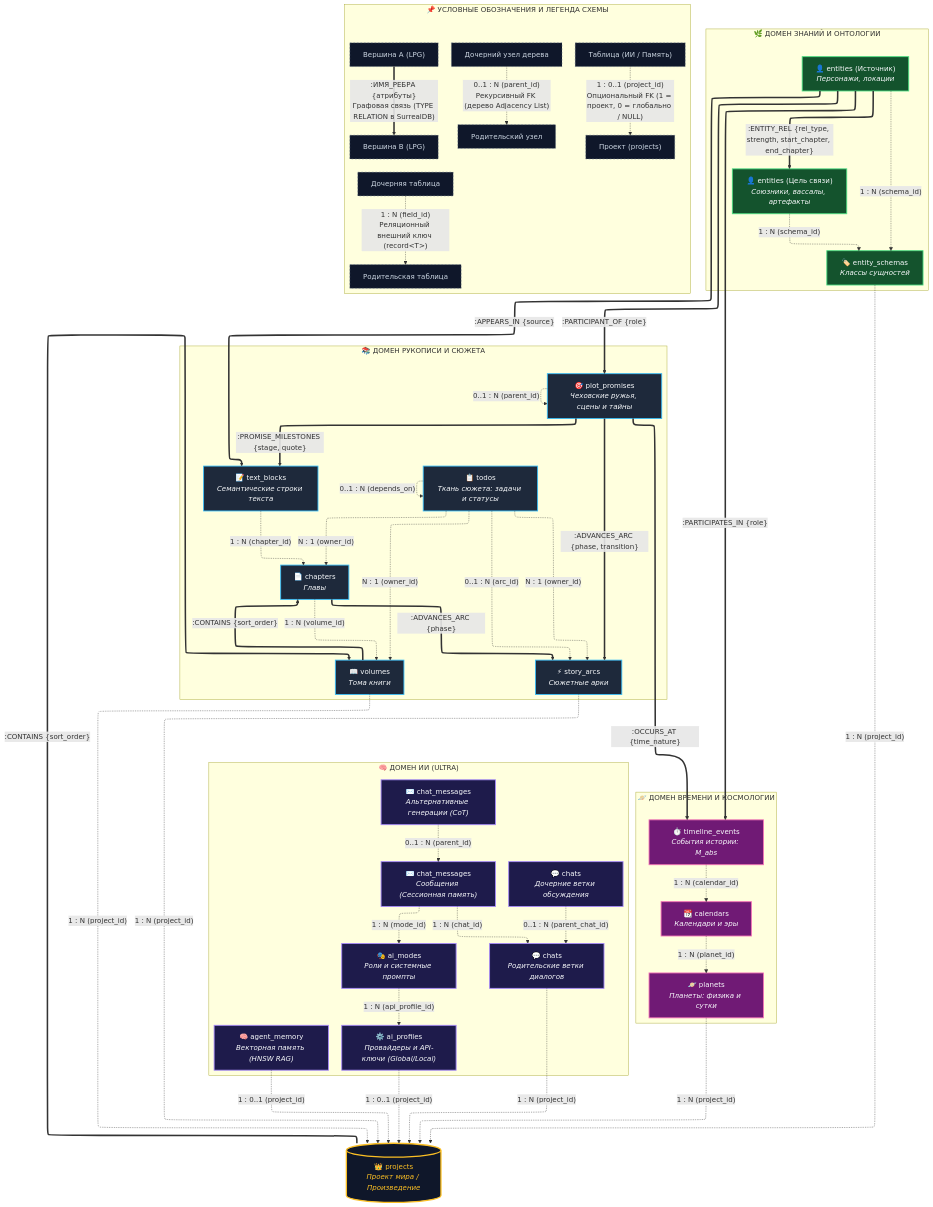
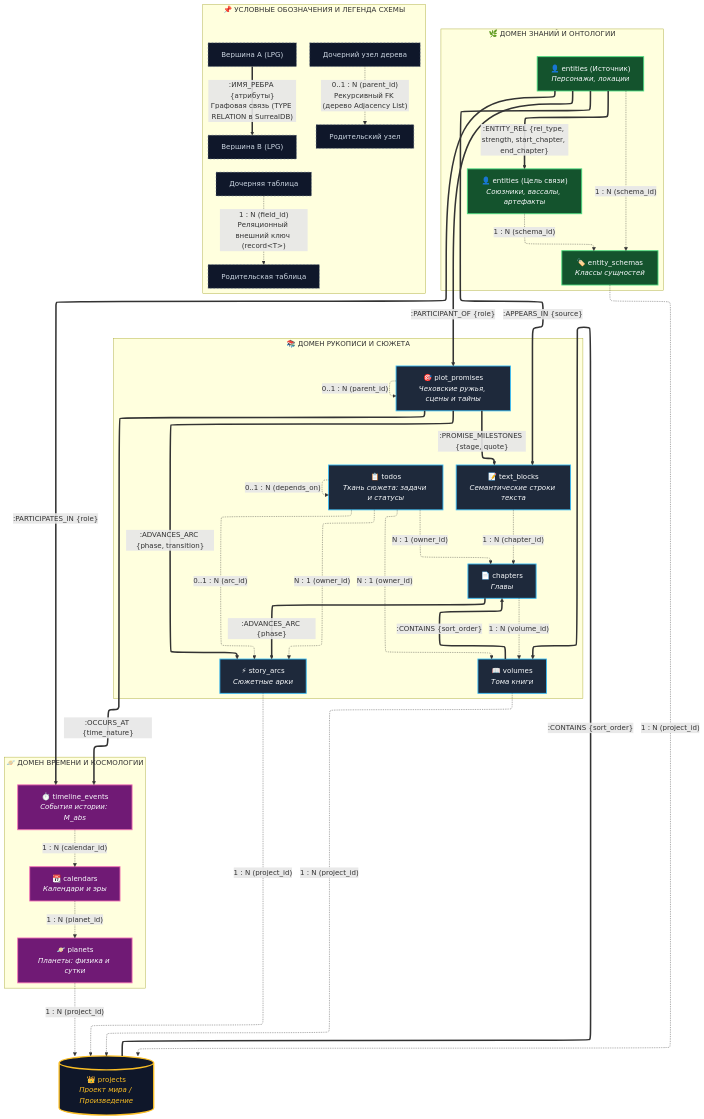
Before and after one commit to nagisokyn-prog/WorldWiki: the diagram in docs/coursework/02_Исследовательская_часть/2.8_концептуальная_схема.md, drawn with Mermaid. The commit also changed other lines of this file and 46 other files, not shown here.

````diff
--- a/docs/coursework/02_Исследовательская_часть/2.8_концептуальная_схема.md
+++ b/docs/coursework/02_Исследовательская_часть/2.8_концептуальная_схема.md
@@ -61,7 +53,6 @@
     classDef narrative fill:#1e293b,stroke:#38bdf8,stroke-width:2px,color:#f8fafc;
     classDef lore fill:#14532d,stroke:#4ade80,stroke-width:2px,color:#f8fafc;
     classDef time fill:#701a75,stroke:#f472b6,stroke-width:2px,color:#f8fafc;
-    classDef ai fill:#1e1b4b,stroke:#a78bfa,stroke-width:2px,color:#f8fafc;
     classDef root fill:#0f172a,stroke:#fbbf24,stroke-width:3px,color:#fbbf24;
     classDef legend fill:#0f172a,stroke:#64748b,stroke-width:1px,stroke-dasharray: 4 4,color:#cbd5e1;
 
@@ -98,19 +89,6 @@
         Planets["🪐 planets<br/><i>Планеты: физика и сутки</i>"]:::time
         Calendars["📆 calendars<br/><i>Календари и эры</i>"]:::time
         TimelineEvents["⏱️ timeline_events<br/><i>События истории: M_abs</i>"]:::time
-    end
-
-    %% ==========================================
-    %% 4. ДОМЕН ИИ-ПРОСТРАНСТВА (AI & WORKSPACE)
-    %% ==========================================
-    subgraph AiDomain ["🧠 ДОМЕН ИИ (ULTRA)"]
-        AiProfiles["⚙️ ai_profiles<br/><i>Провайдеры и API-ключи (Global/Local)</i>"]:::ai
-        AiModes["🎭 ai_modes<br/><i>Роли и системные промпты</i>"]:::ai
-        Chats["💬 chats<br/><i>Родительские ветки диалогов</i>"]:::ai
-        SubChats["💬 chats<br/><i>Дочерние ветки обсуждения</i>"]:::ai
-        ChatMessages["✉️ chat_messages<br/><i>Сообщения (Сессионная память)</i>"]:::ai
-        AltMessages["✉️ chat_messages<br/><i>Альтернативные генерации (CoT)</i>"]:::ai
-        AgentMemory["🧠 agent_memory<br/><i>Векторная память (HNSW RAG)</i>"]:::ai
     end
 
     %% ==========================================
@@ -171,27 +149,14 @@
     Calendars -.->|"1 : N (planet_id)"| Planets
     TimelineEvents -.->|"1 : N (calendar_id)"| Calendars
 
-    %% Реляционное ИИ-пространство (иерархия 1:N и 1:0..1)
-    Chats -.->|"1 : N (project_id)"| Project
-    SubChats -.->|"0..1 : N (parent_chat_id)"| Chats
-    ChatMessages -.->|"1 : N (chat_id)"| Chats
-    AltMessages -.->|"0..1 : N (parent_id)"| ChatMessages
-    ChatMessages -.->|"1 : N (mode_id)"| AiModes
-
-    %% Настройки ИИ и Векторная память (с поддержкой глобального скоупа 1:0..1)
-    AiModes -.->|"1 : N (api_profile_id)"| AiProfiles
-    AiProfiles -.->|"1 : 0..1 (project_id)"| Project
-    AgentMemory -.->|"1 : 0..1 (project_id)"| Project
-
     %% ==========================================
-    %% 5. ЛЕГЕНДА СХЕМЫ (ТИПЫ СВЯЗЕЙ И КАРДИНАЛЬНОСТЬ)
+    %% 4. ЛЕГЕНДА СХЕМЫ (ТИПЫ СВЯЗЕЙ И КАРДИНАЛЬНОСТЬ)
     %% ==========================================
     subgraph Legend ["📌 УСЛОВНЫЕ ОБОЗНАЧЕНИЯ И ЛЕГЕНДА СХЕМЫ"]
         direction TB
         LegEdge1["Вершина A (LPG)"] ==>|":ИМЯ_РЕБРА {атрибуты}<br/>Графовая связь (TYPE RELATION в SurrealDB)"| LegEdge2["Вершина B (LPG)"]
         LegRef1["Дочерняя таблица"] -.->|"1 : N (field_id)<br/>Реляционный внешний ключ (record&lt;T&gt;)"| LegRef2["Родительская таблица"]
         LegRec1["Дочерний узел дерева"] -.->|"0..1 : N (parent_id)<br/>Рекурсивный FK (дерево Adjacency List)"| LegRec2["Родительский узел"]
-        LegOpt1["Таблица (ИИ / Память)"] -.->|"1 : 0..1 (project_id)<br/>Опциональный FK (1 = проект, 0 = глобально / NULL)"| LegOpt2["Проект (projects)"]
     end
-    class LegEdge1,LegEdge2,LegRef1,LegRef2,LegRec1,LegRec2,LegOpt1,LegOpt2 legend;
+    class LegEdge1,LegEdge2,LegRef1,LegRef2,LegRec1,LegRec2 legend;
 ```
````
